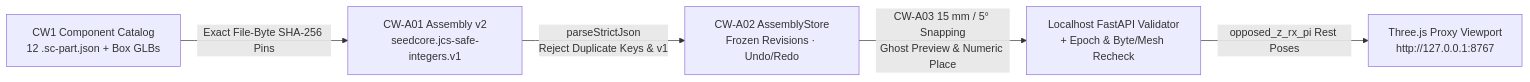
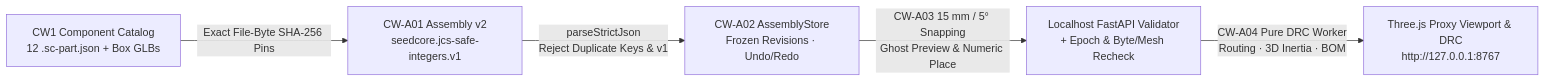
The second of 2 diagrams in README.md (NeilLi/seedcore), drawn with Mermaid before and after one commit. The commit also changed other lines of this file and 27 other files, not shown here.

First line of the commit message:
feat(studio): add pure DRC worker and unknown-aware BOM

````diff
--- a/README.md
+++ b/README.md
@@ -108,7 +108,7 @@
 ```mermaid
 flowchart LR
     P1[CW1 Component Catalog<br/>12 .sc-part.json + Box GLBs] -->|Exact File-Byte SHA-256 Pins| A1[CW-A01 Assembly v2<br/>seedcore.jcs-safe-integers.v1]
     A1 -->|parseStrictJson<br/>Reject Duplicate Keys & v1| A2[CW-A02 AssemblyStore<br/>Frozen Revisions · Undo/Redo]
     A2 -->|CW-A03 15 mm / 5° Snapping<br/>Ghost Preview & Numeric Place| V1[Localhost FastAPI Validator<br/>+ Epoch & Byte/Mesh Recheck]
-    V1 -->|opposed_z_rx_pi Rest Poses| C1[Three.js Proxy Viewport<br/>http://127.0.0.1:8767]
+    V1 -->|CW-A04 Pure DRC Worker<br/>Routing · 3D Inertia · BOM| C1[Three.js Proxy Viewport & DRC<br/>http://127.0.0.1:8767]
 ```
````
